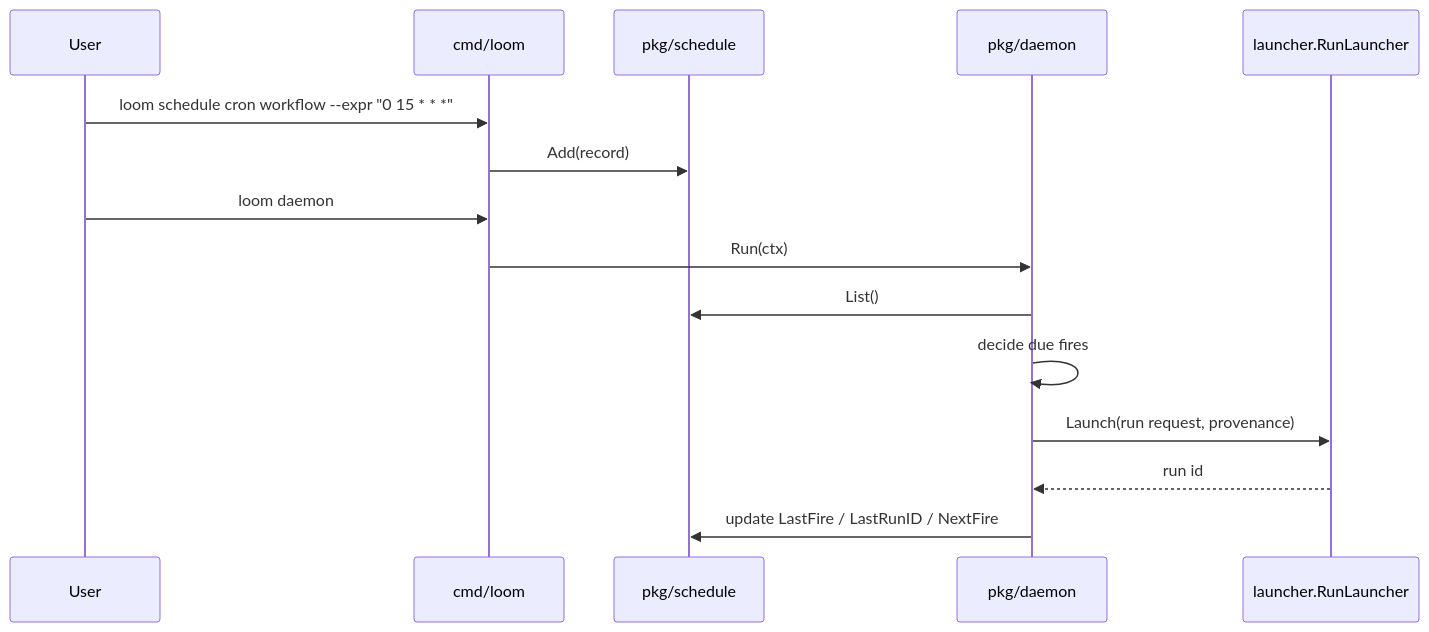
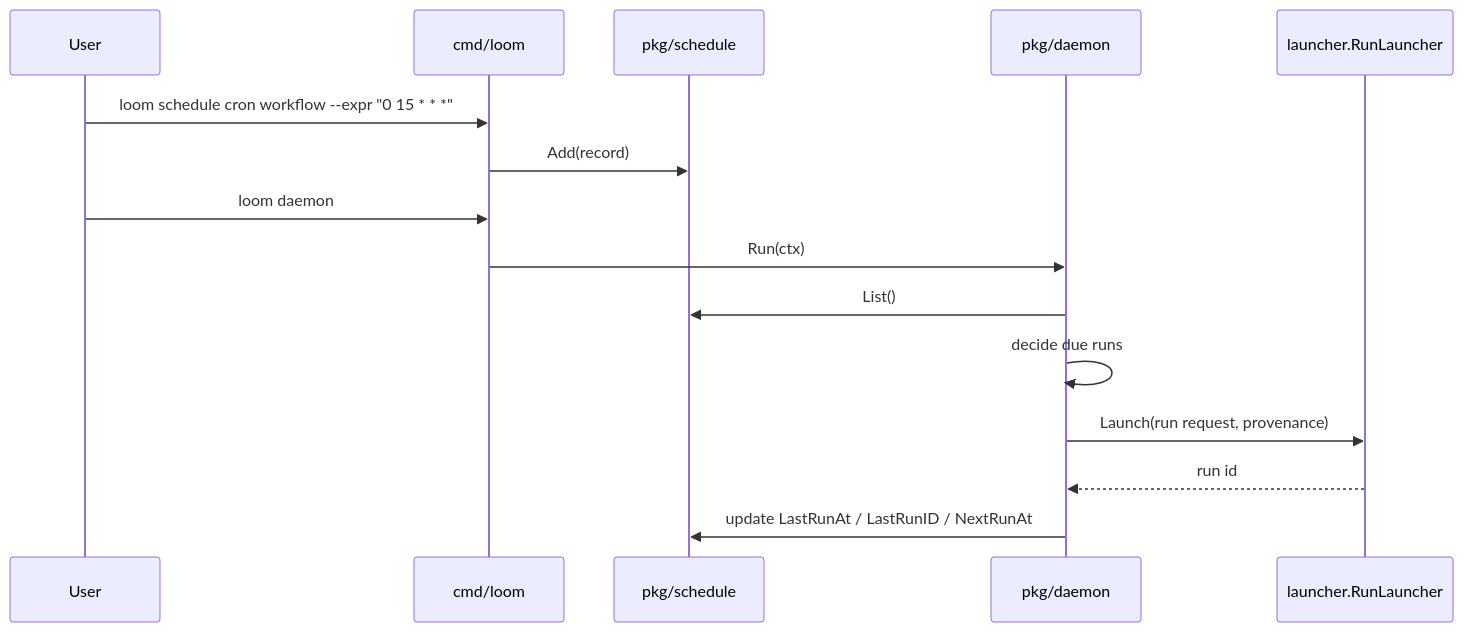
The fourth of 4 diagrams in docs/cmd-loom-implementation.md (mcuste/loom), drawn with Mermaid before and after one commit. The commit also changed other lines of this file and 18 other files, not shown here.

First line of the commit message:
[schedule][daemon] !replace fire terminology

````diff
--- a/docs/cmd-loom-implementation.md
+++ b/docs/cmd-loom-implementation.md
@@ -388,18 +388,18 @@
 ```mermaid
 sequenceDiagram
   participant User
   participant CLI as cmd/loom
   participant Sched as pkg/schedule
   participant Daemon as pkg/daemon
   participant Launch as launcher.RunLauncher
 
   User->>CLI: loom schedule cron workflow --expr "0 15 * * *"
   CLI->>Sched: Add(record)
   User->>CLI: loom daemon
   CLI->>Daemon: Run(ctx)
   Daemon->>Sched: List()
-  Daemon->>Daemon: decide due fires
+  Daemon->>Daemon: decide due runs
   Daemon->>Launch: Launch(run request, provenance)
   Launch-->>Daemon: run id
-  Daemon->>Sched: update LastFire / LastRunID / NextFire
+  Daemon->>Sched: update LastRunAt / LastRunID / NextRunAt
 ```
````
